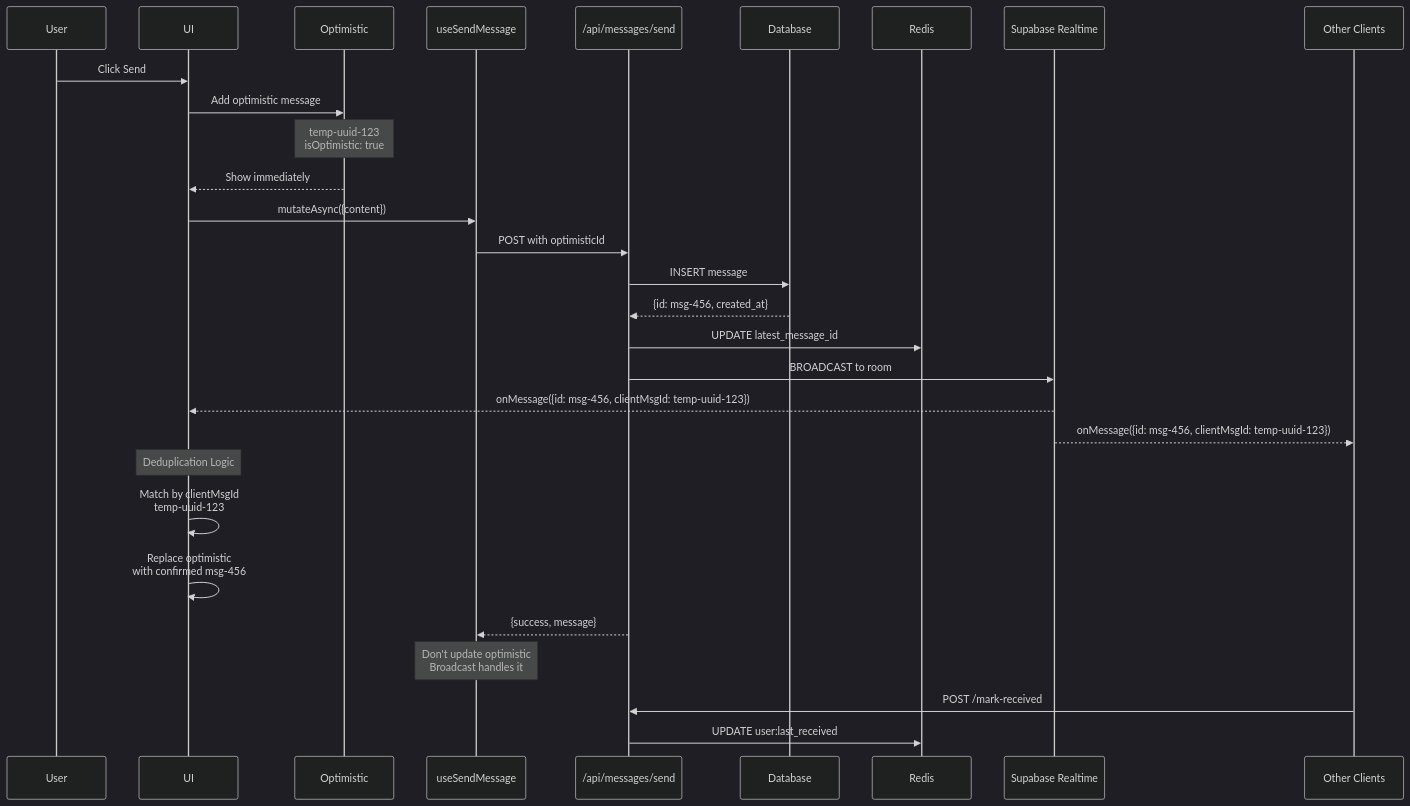
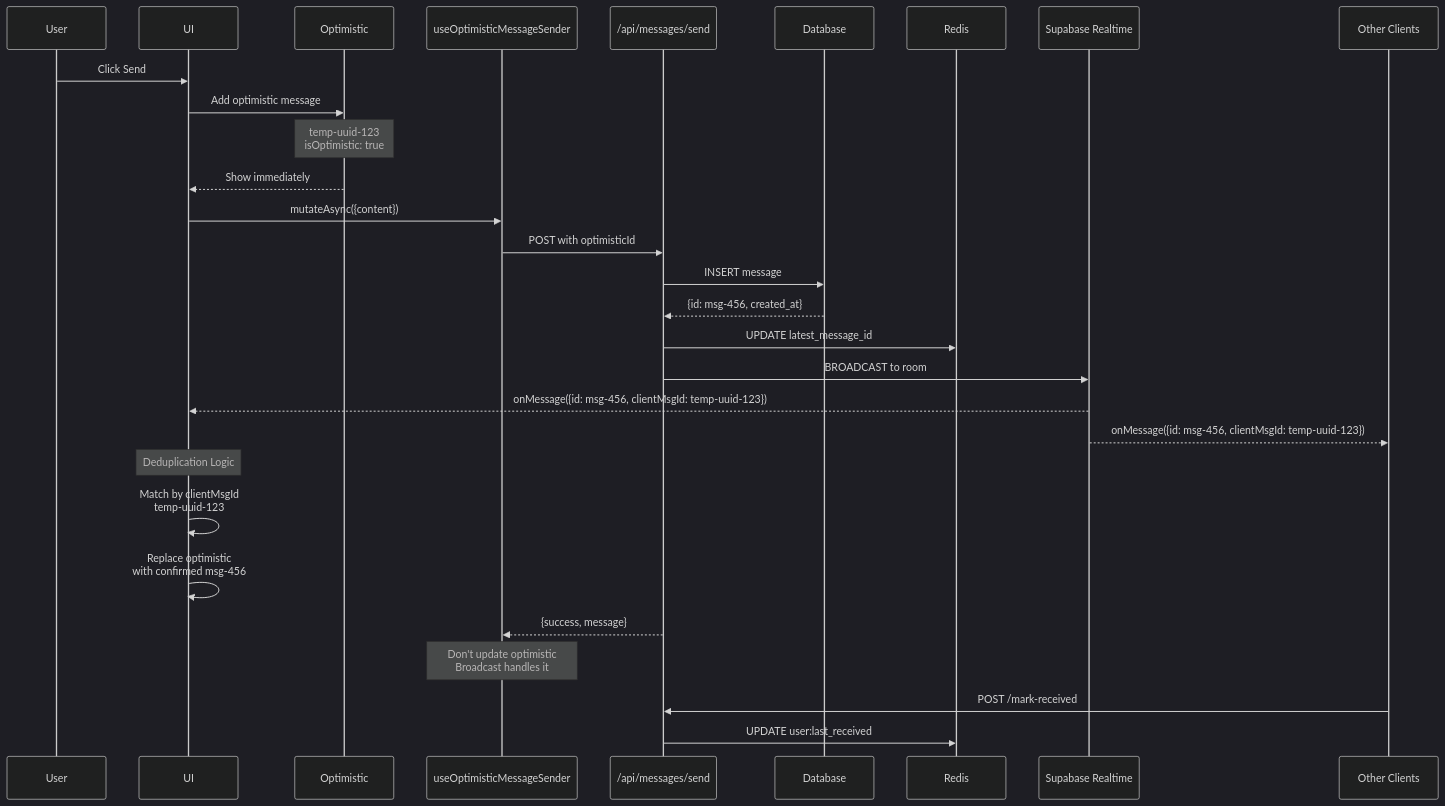
The seventh of 21 diagrams in docs/DATA_FLOW_ARCHITECTURE.md (jtclarkjr/realtime-chat-react), drawn with Mermaid (dark theme) before and after one commit. The commit also changed other lines of this file, not shown here.

Commit message:
docs: update data flow doc

````diff
--- a/docs/DATA_FLOW_ARCHITECTURE.md
+++ b/docs/DATA_FLOW_ARCHITECTURE.md
@@ -214,39 +216,39 @@
 ```mermaid
 sequenceDiagram
     participant User
     participant UI
     participant Optimistic
-    participant Mutation as useSendMessage
+    participant Mutation as useOptimisticMessageSender
     participant API as /api/messages/send
     participant DB as Database
     participant Redis
     participant RT as Supabase Realtime
     participant Others as Other Clients
 
     User->>UI: Click Send
     UI->>Optimistic: Add optimistic message
     Note over Optimistic: temp-uuid-123<br/>isOptimistic: true
     Optimistic-->>UI: Show immediately
 
     UI->>Mutation: mutateAsync({content})
     Mutation->>API: POST with optimisticId
 
     API->>DB: INSERT message
     DB-->>API: {id: msg-456, created_at}
 
     API->>Redis: UPDATE latest_message_id
     API->>RT: BROADCAST to room
 
     RT-->>UI: onMessage({id: msg-456, clientMsgId: temp-uuid-123})
     RT-->>Others: onMessage({id: msg-456, clientMsgId: temp-uuid-123})
 
     Note over UI: Deduplication Logic
     UI->>UI: Match by clientMsgId<br/>temp-uuid-123
     UI->>UI: Replace optimistic<br/>with confirmed msg-456
 
     API-->>Mutation: {success, message}
     Note over Mutation: Don't update optimistic<br/>Broadcast handles it
 
     Others->>API: POST /mark-received
     API->>Redis: UPDATE user:last_received
 ```
````
